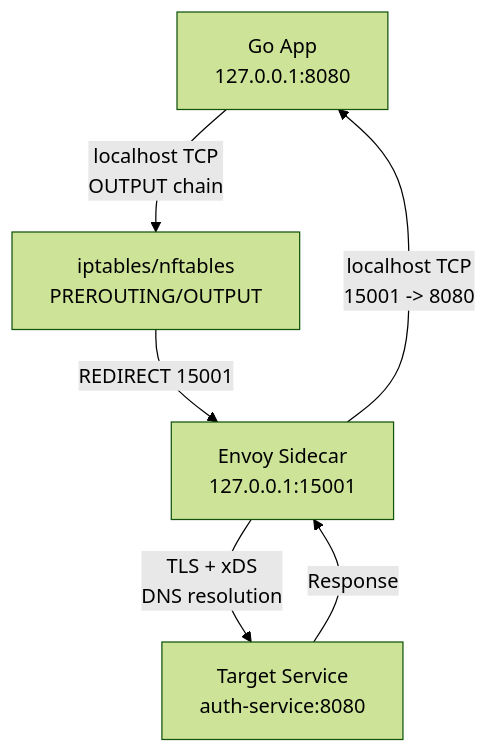
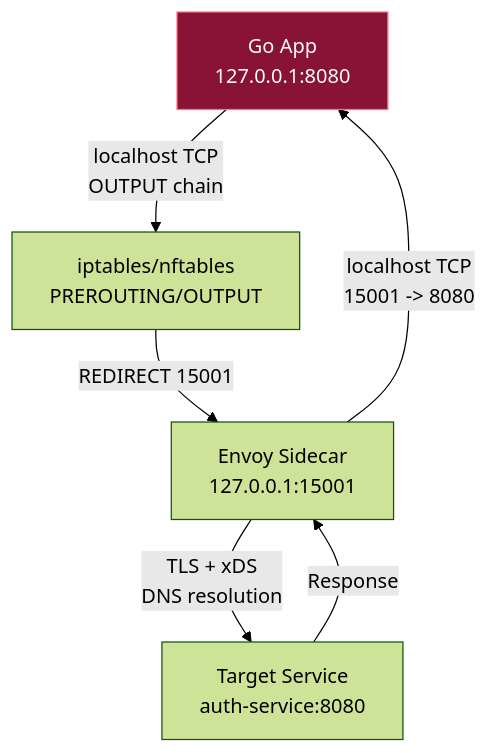
Before and after one commit to UnrealTemplier/go-textbook: the second of 2 diagrams in sources/3. Компьютерные сети и сетевой стек/42. Service Mesh. Istio, Linkerd, sidecar proxy.md, drawn with Mermaid (forest theme). The commit also changed other lines of this file and 1666 other files, not shown here.

First line of the commit message:
feat(mermaid): add semantic color classDef to 1369 colorless flowchart/graph diagrams

````diff
--- a/sources/3. Компьютерные сети и сетевой стек/42. Service Mesh. Istio, Linkerd, sidecar proxy.md
+++ b/sources/3. Компьютерные сети и сетевой стек/42. Service Mesh. Istio, Linkerd, sidecar proxy.md
@@ -66,8 +76,18 @@
 ```mermaid
 flowchart TD
-    A["Go App\n127.0.0.1:8080"] -->|"localhost TCP\nOUTPUT chain"| B["iptables/nftables\nPREROUTING/OUTPUT"]
+    classDef process  fill:#1e293b,stroke:#38bdf8,stroke-width:1px,color:#f8fafc
+    classDef success  fill:#064e3b,stroke:#34d399,stroke-width:1px,color:#f8fafc
+    classDef error    fill:#7f1d1d,stroke:#f87171,stroke-width:1px,color:#f8fafc
+    classDef warning  fill:#78350f,stroke:#fbbf24,stroke-width:1px,color:#f8fafc
+    classDef entry    fill:#1e3a5f,stroke:#38bdf8,stroke-width:2px,color:#f8fafc
+    classDef aux      fill:#334155,stroke:#64748b,stroke-width:1px,color:#f8fafc
+    classDef system   fill:#312e81,stroke:#a78bfa,stroke-width:1px,color:#f8fafc
+    classDef data     fill:#132d29,stroke:#2dd4bf,stroke-width:1px,color:#f8fafc
+    classDef network  fill:#881337,stroke:#fb7185,stroke-width:1px,color:#f8fafc
+    classDef accent   fill:#1e1b4b,stroke:#818cf8,stroke-width:1px,color:#f8fafc
+    A["Go App\n127.0.0.1:8080"]:::network -->|"localhost TCP\nOUTPUT chain"| B["iptables/nftables\nPREROUTING/OUTPUT"]
     B -->|"REDIRECT 15001"| C["Envoy Sidecar\n127.0.0.1:15001"]
     C -->|"TLS + xDS\nDNS resolution"| D["Target Service\nauth-service:8080"]
     D -->|"Response"| C
     C -->|"localhost TCP\n15001 -> 8080"| A
 ```
````
